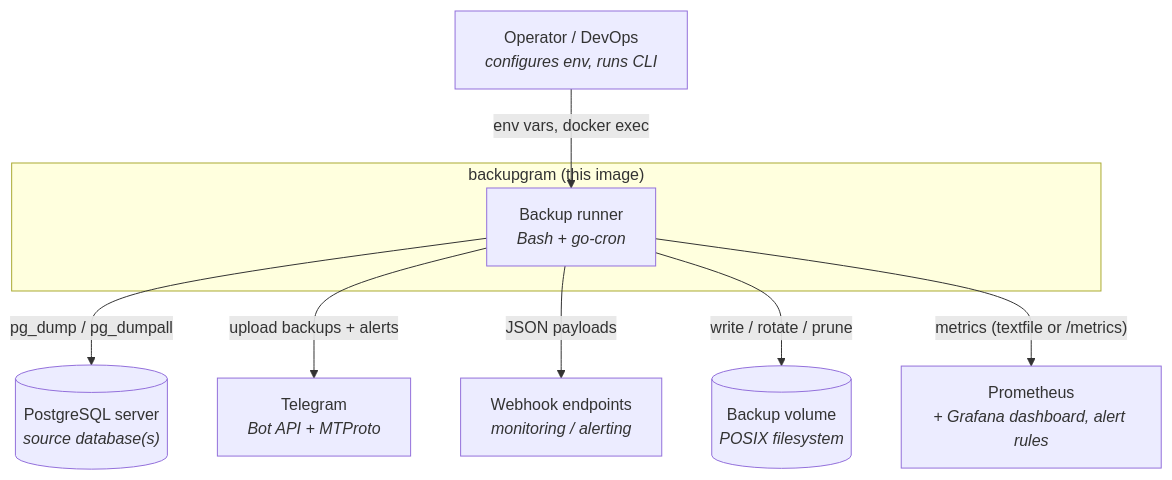
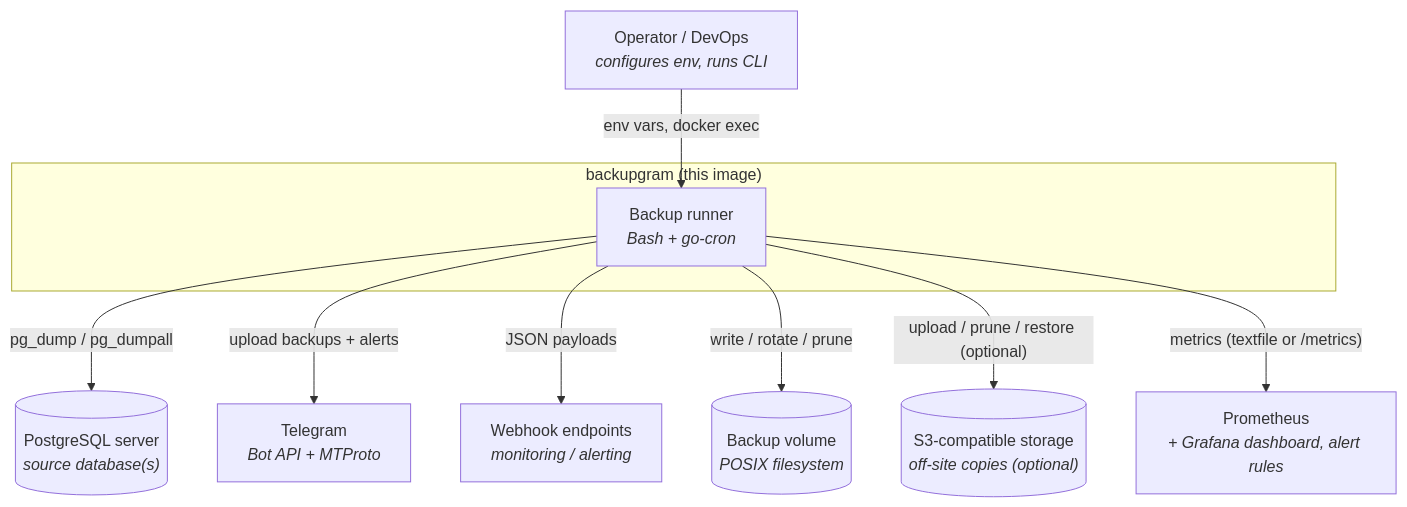
One commit to ganiyevuz/backupgram changed the first of 5 diagrams in docs/ARCHITECTURE.md. Above: the diagram before and after it, drawn with Mermaid. The commit also changed other lines of this file and 13 other files, not shown here.

Commit message:
docs: off-site S3 copies; image defaults, alerts and dashboard panel

````diff
--- a/docs/ARCHITECTURE.md
+++ b/docs/ARCHITECTURE.md
@@ -21,18 +23,20 @@
 ```mermaid
 flowchart TB
     operator["Operator / DevOps<br/><i>configures env, runs CLI</i>"]
     subgraph sys["backupgram (this image)"]
         runner["Backup runner<br/><i>Bash + go-cron</i>"]
     end
     pg[("PostgreSQL server<br/><i>source database(s)</i>")]
     tg["Telegram<br/><i>Bot API + MTProto</i>"]
     hook["Webhook endpoints<br/><i>monitoring / alerting</i>"]
     vol[("Backup volume<br/><i>POSIX filesystem</i>")]
+    s3[("S3-compatible storage<br/><i>off-site copies (optional)</i>")]
 
     operator -->|env vars, docker exec| runner
     runner -->|pg_dump / pg_dumpall| pg
     runner -->|upload backups + alerts| tg
     runner -->|JSON payloads| hook
     runner -->|write / rotate / prune| vol
+    runner -->|"upload / prune / restore (optional)"| s3
     runner -->|"metrics (textfile or /metrics)"| prom["Prometheus<br/><i>+ Grafana dashboard, alert rules</i>"]
 ```
````
